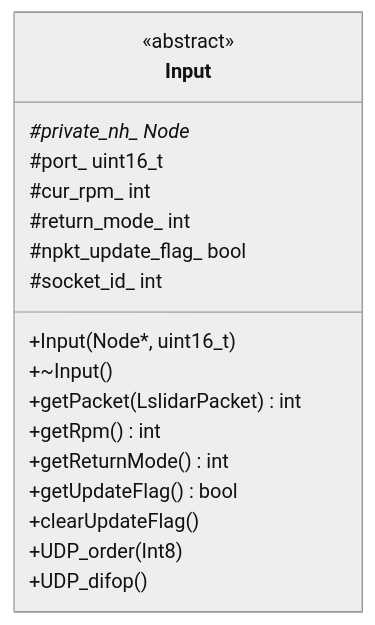
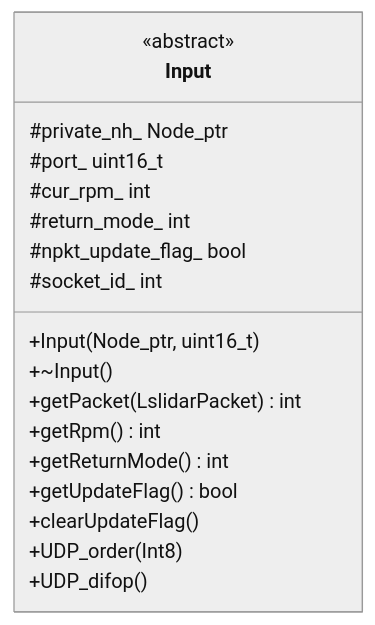
Before and after one commit to declue/Lslidar_ROS2_driver: the second of 10 diagrams in docs/api-reference.md, drawn with Mermaid (neutral theme). The commit also changed other lines of this file and 3 other files, not shown here.

First line of the commit message:
fix: Mermaid 다이어그램 렌더링 오류 수정

````diff
--- a/docs/api-reference.md
+++ b/docs/api-reference.md
@@ -278,21 +278,21 @@
 ```mermaid
 classDiagram
     class Input {
         <<abstract>>
-        +Input(Node*, uint16_t)
+        +Input(Node_ptr, uint16_t)
         +~Input()
         +getPacket(LslidarPacket) int
         +getRpm() int
         +getReturnMode() int
         +getUpdateFlag() bool
         +clearUpdateFlag()
         +UDP_order(Int8)
         +UDP_difop()
-        #private_nh_ Node*
+        #private_nh_ Node_ptr
         #port_ uint16_t
         #cur_rpm_ int
         #return_mode_ int
         #npkt_update_flag_ bool
         #socket_id_ int
     }
 ```
````
